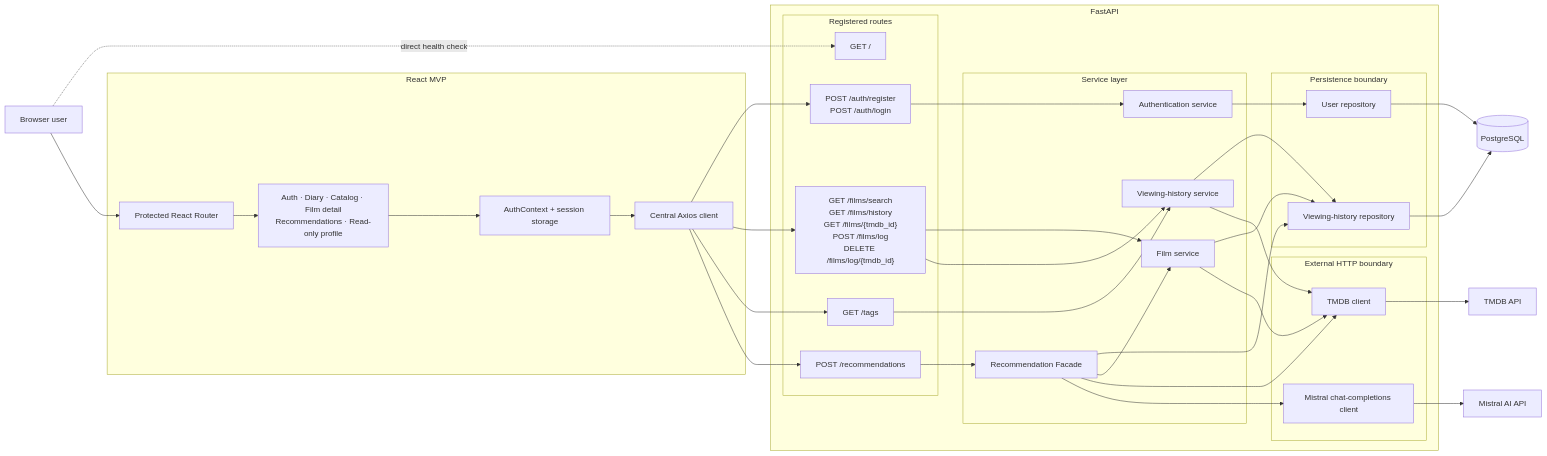
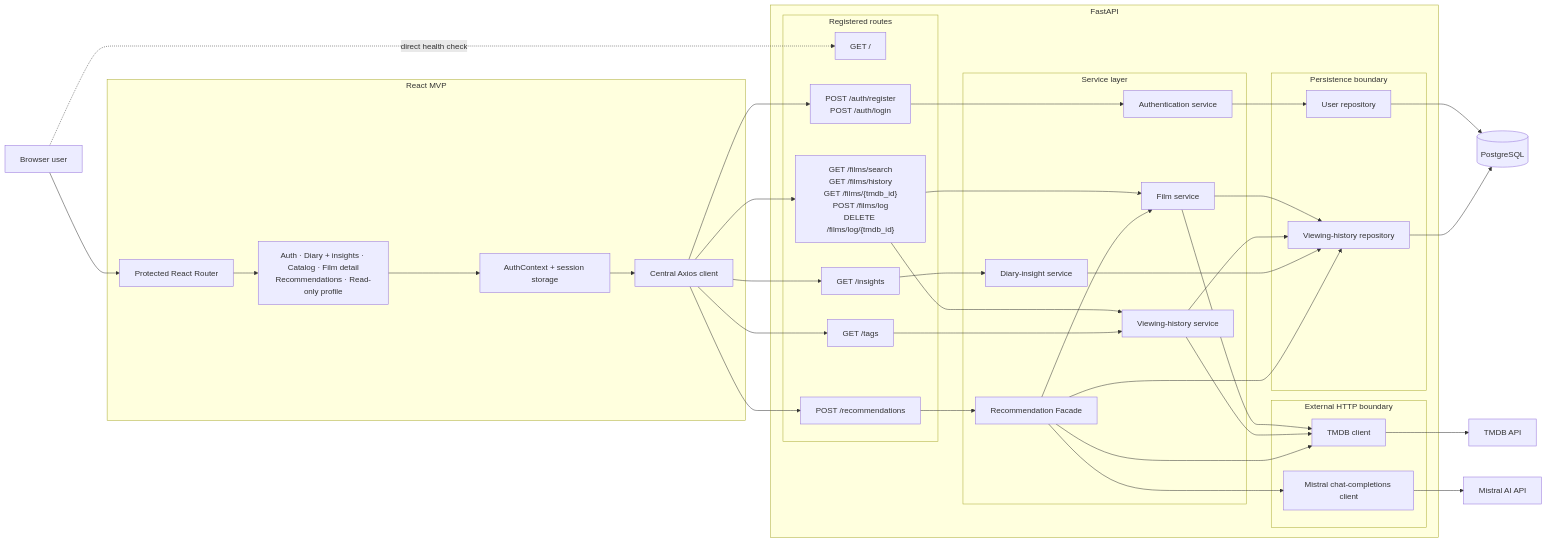
One commit to zahin-dev/Film-like changed the diagram in docs/diagrams/Architecture.md. Above: the diagram before and after it, drawn with Mermaid. The commit also changed other lines of this file and 19 other files, not shown here.

First line of the commit message:
feat: add diary insights and portfolio evidence

````diff
--- a/docs/diagrams/Architecture.md
+++ b/docs/diagrams/Architecture.md
@@ -7,73 +7,78 @@
 ```mermaid
 flowchart LR
     User["Browser user"]
 
     subgraph Frontend["React MVP"]
         Router["Protected React Router"]
-        Pages["Auth · Diary · Catalog · Film detail<br/>Recommendations · Read-only profile"]
+        Pages["Auth · Diary + insights · Catalog · Film detail<br/>Recommendations · Read-only profile"]
         AuthContext["AuthContext + session storage"]
         Axios["Central Axios client"]
     end
 
     subgraph Backend["FastAPI"]
         subgraph Routes["Registered routes"]
             RootRoute["GET /"]
             AuthRoutes["POST /auth/register<br/>POST /auth/login"]
             FilmRoutes["GET /films/search<br/>GET /films/history<br/>GET /films/{tmdb_id}<br/>POST /films/log<br/>DELETE /films/log/{tmdb_id}"]
             TagRoutes["GET /tags"]
+            InsightRoute["GET /insights"]
             RecommendationRoute["POST /recommendations"]
         end
 
         subgraph Services["Service layer"]
             AuthService["Authentication service"]
             FilmService["Film service"]
             HistoryService["Viewing-history service"]
+            InsightService["Diary-insight service"]
             RecommendationFacade["Recommendation Facade"]
         end
 
         subgraph Persistence["Persistence boundary"]
             UserRepository["User repository"]
             HistoryRepository["Viewing-history repository"]
         end
 
         subgraph ExternalClients["External HTTP boundary"]
             TMDBClient["TMDB client"]
             MistralClient["Mistral chat-completions client"]
         end
     end
 
     PostgreSQL[("PostgreSQL")]
     TMDB["TMDB API"]
     Mistral["Mistral AI API"]
 
     User -. "direct health check" .-> RootRoute
     User --> Router
     Router --> Pages
     Pages --> AuthContext
     AuthContext --> Axios
     Axios --> AuthRoutes
     Axios --> FilmRoutes
     Axios --> TagRoutes
+    Axios --> InsightRoute
     Axios --> RecommendationRoute
 
     AuthRoutes --> AuthService
     FilmRoutes --> FilmService
     FilmRoutes --> HistoryService
     TagRoutes --> HistoryService
+    InsightRoute --> InsightService
     RecommendationRoute --> RecommendationFacade
 
     AuthService --> UserRepository
     FilmService --> HistoryRepository
     HistoryService --> HistoryRepository
+    InsightService --> HistoryRepository
     RecommendationFacade --> HistoryRepository
     FilmService --> TMDBClient
     HistoryService --> TMDBClient
     RecommendationFacade --> FilmService
     RecommendationFacade --> TMDBClient
     RecommendationFacade --> MistralClient
 
     UserRepository --> PostgreSQL
     HistoryRepository --> PostgreSQL
     TMDBClient --> TMDB
     MistralClient --> Mistral
 ```
````
